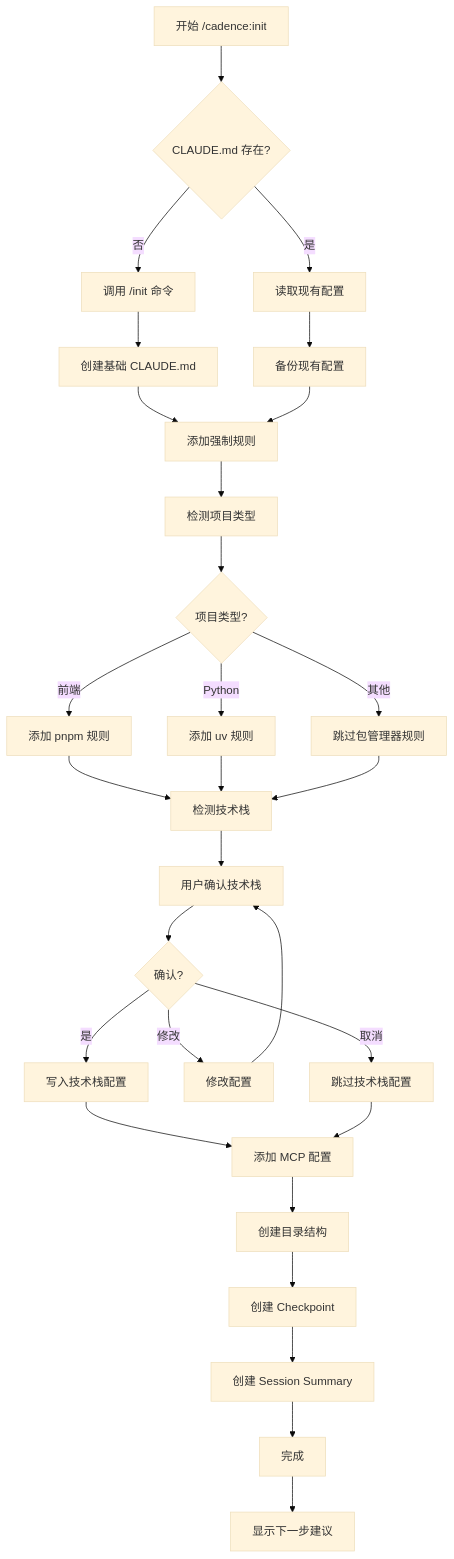
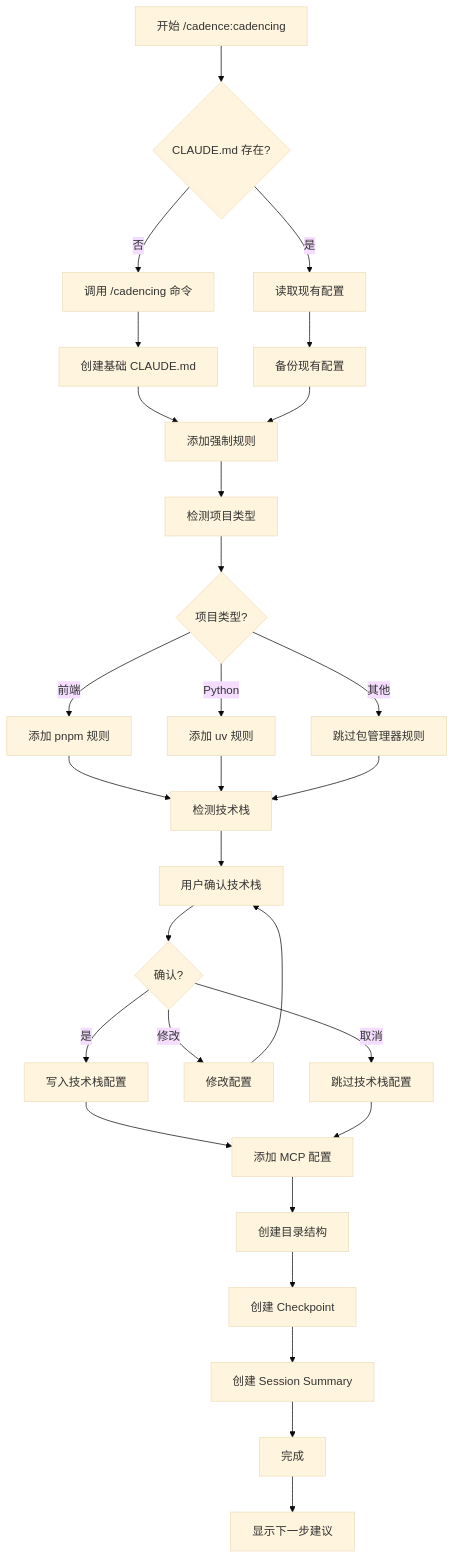
The diagram in .claude/designs/2026-02-28_Skill_Init_v1.0.md (ymm512/Cadence-skills), drawn with Mermaid (base theme) before and after one commit. The commit also changed other lines of this file and 21 other files, not shown here.

First line of the commit message:
refactor: 将 init skill 重命名为 cadencing

````diff
--- a/.claude/designs/2026-02-28_Skill_Init_v1.0.md
+++ b/.claude/designs/2026-02-28_Skill_Init_v1.0.md
@@ -784,41 +784,41 @@
 ```mermaid
 graph TD
-    A[开始 /cadence:init] --> B{CLAUDE.md 存在?}
-    B -->|否| C[调用 /init 命令]
+    A[开始 /cadence:cadencing] --> B{CLAUDE.md 存在?}
+    B -->|否| C[调用 /cadencing 命令]
     B -->|是| D[读取现有配置]
 
     C --> E[创建基础 CLAUDE.md]
     D --> F[备份现有配置]
 
     E --> G[添加强制规则]
     F --> G
 
     G --> H[检测项目类型]
     H --> I{项目类型?}
 
     I -->|前端| J[添加 pnpm 规则]
     I -->|Python| K[添加 uv 规则]
     I -->|其他| L[跳过包管理器规则]
 
     J --> M[检测技术栈]
     K --> M
     L --> M
 
     M --> N[用户确认技术栈]
     N --> O{确认?}
 
     O -->|是| P[写入技术栈配置]
     O -->|修改| Q[修改配置]
     O -->|取消| R[跳过技术栈配置]
 
     Q --> N
     P --> S[添加 MCP 配置]
     R --> S
 
     S --> T[创建目录结构]
     T --> U[创建 Checkpoint]
     U --> V[创建 Session Summary]
     V --> W[完成]
 
     W --> X[显示下一步建议]
 ```
````
